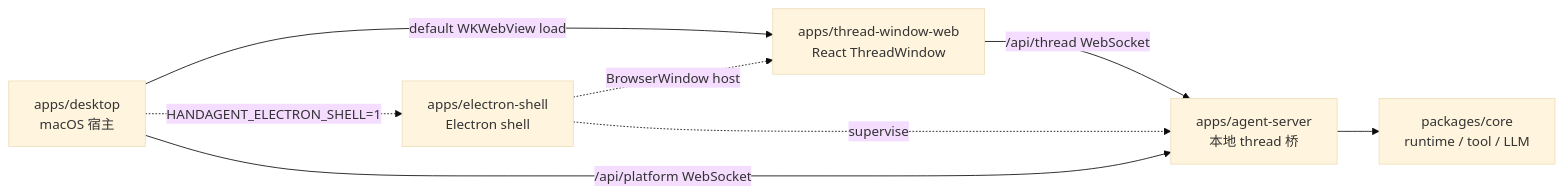
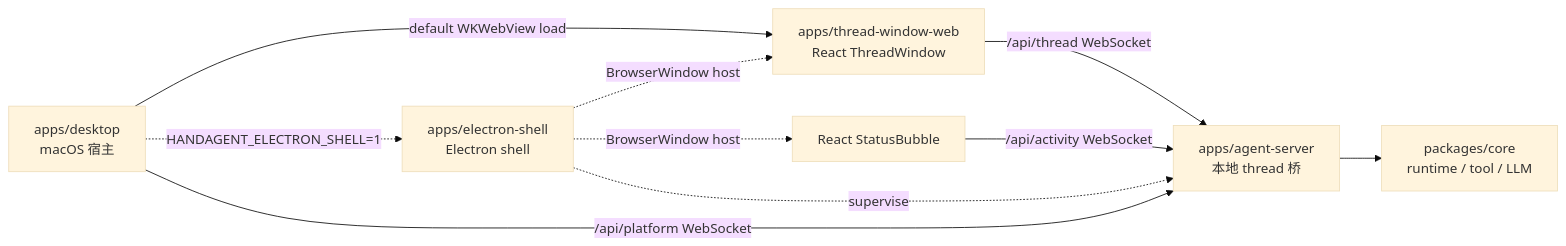
One commit to Lixuhang987/SpotAgent changed the diagram in apps/apps.md. Above: the diagram before and after it, drawn with Mermaid (base theme). The commit also changed other lines of this file and 13 other files, not shown here.

Commit message:
docs: update electron activity status bubble phase

````diff
--- a/apps/apps.md
+++ b/apps/apps.md
@@ -16,10 +16,12 @@
 ```mermaid
 flowchart LR
   A[apps/desktop<br/>macOS 宿主] -->|default WKWebView load| W[apps/thread-window-web<br/>React ThreadWindow]
   A -. HANDAGENT_ELECTRON_SHELL=1 .-> E[apps/electron-shell<br/>Electron shell]
   E -. BrowserWindow host .-> W
+  E -. BrowserWindow host .-> S[React StatusBubble]
   E -. supervise .-> B
   W -->|/api/thread WebSocket| B[apps/agent-server<br/>本地 thread 桥]
+  S -->|/api/activity WebSocket| B
   A -->|/api/platform WebSocket| B
   B --> C[packages/core<br/>runtime / tool / LLM]
 ```
````
